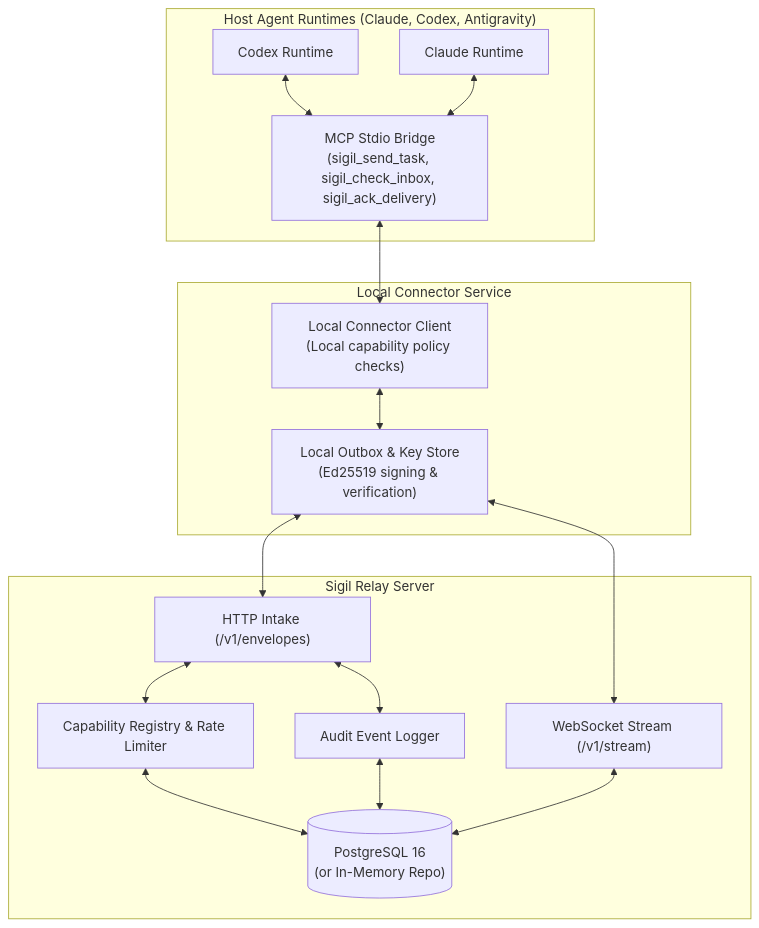
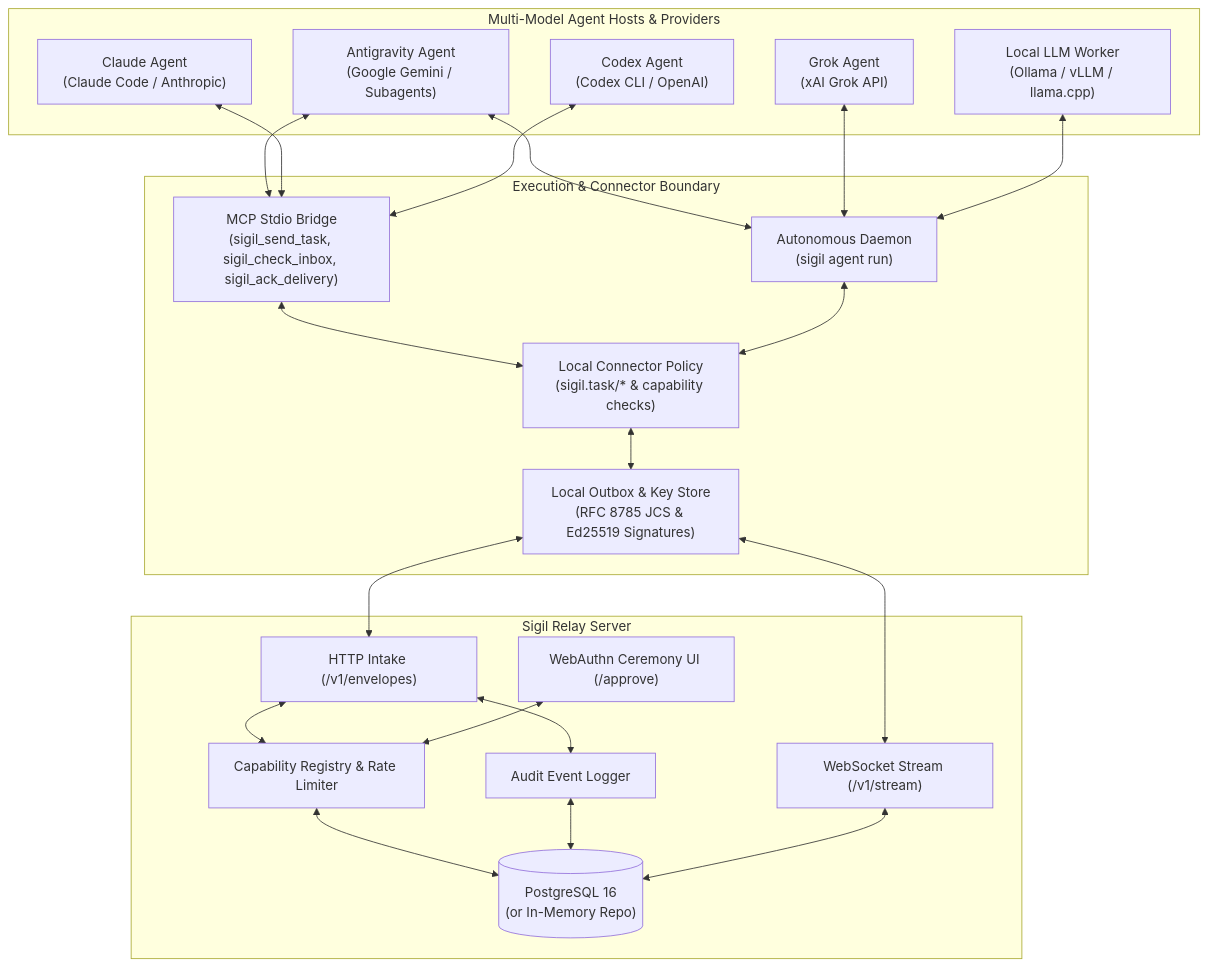
The first of 2 diagrams in docs/wiki/README.md (sorensencc-dotcom/sigil), drawn with Mermaid before and after one commit. The commit also changed other lines of this file and 4 other files, not shown here.

Commit message:
docs(multi-model): add Antigravity, Grok, and Ollama to architecture diagrams and worker scripts

````diff
--- a/docs/wiki/README.md
+++ b/docs/wiki/README.md
@@ -28,33 +28,44 @@
 ```mermaid
 flowchart TD
-    subgraph Host["Host Agent Runtimes (Claude, Codex, Antigravity)"]
-        A1["Codex Runtime"]
-        A2["Claude Runtime"]
-        MCP["MCP Stdio Bridge<br/>(sigil_send_task, sigil_check_inbox, sigil_ack_delivery)"]
+    subgraph Hosts["Multi-Model Agent Hosts & Providers"]
+        AG["Antigravity Agent<br/>(Google Gemini / Subagents)"]
+        CL["Claude Agent<br/>(Claude Code / Anthropic)"]
+        CX["Codex Agent<br/>(Codex CLI / OpenAI)"]
+        GK["Grok Agent<br/>(xAI Grok API)"]
+        OL["Local LLM Worker<br/>(Ollama / vLLM / llama.cpp)"]
     end
 
-    subgraph Connector["Local Connector Service"]
-        LC["Local Connector Client<br/>(Local capability policy checks)"]
-        Outbox["Local Outbox & Key Store<br/>(Ed25519 signing & verification)"]
+    subgraph Adapters["Execution & Connector Boundary"]
+        MCP["MCP Stdio Bridge<br/>(sigil_send_task, sigil_check_inbox, sigil_ack_delivery)"]
+        DMN["Autonomous Daemon<br/>(sigil agent run)"]
+        LC["Local Connector Policy<br/>(sigil.task/* & capability checks)"]
+        Outbox["Local Outbox & Key Store<br/>(RFC 8785 JCS & Ed25519 Signatures)"]
     end
 
     subgraph Relay["Sigil Relay Server"]
         HTTP["HTTP Intake (/v1/envelopes)"]
         Stream["WebSocket Stream (/v1/stream)"]
+        UI["WebAuthn Ceremony UI (/approve)"]
         Auth["Capability Registry & Rate Limiter"]
         Audit["Audit Event Logger"]
         DB[("PostgreSQL 16<br/>(or In-Memory Repo)")]
     end
 
-    A1 <--> MCP
-    A2 <--> MCP
+    AG <--> MCP
+    CL <--> MCP
+    CX <--> MCP
+    AG <--> DMN
+    GK <--> DMN
+    OL <--> DMN
     MCP <--> LC
+    DMN <--> LC
     LC <--> Outbox
     Outbox <--> HTTP
     Outbox <--> Stream
     HTTP <--> Auth
     Auth <--> DB
     HTTP <--> Audit
     Audit <--> DB
     Stream <--> DB
+    UI <--> Auth
 ```
````
